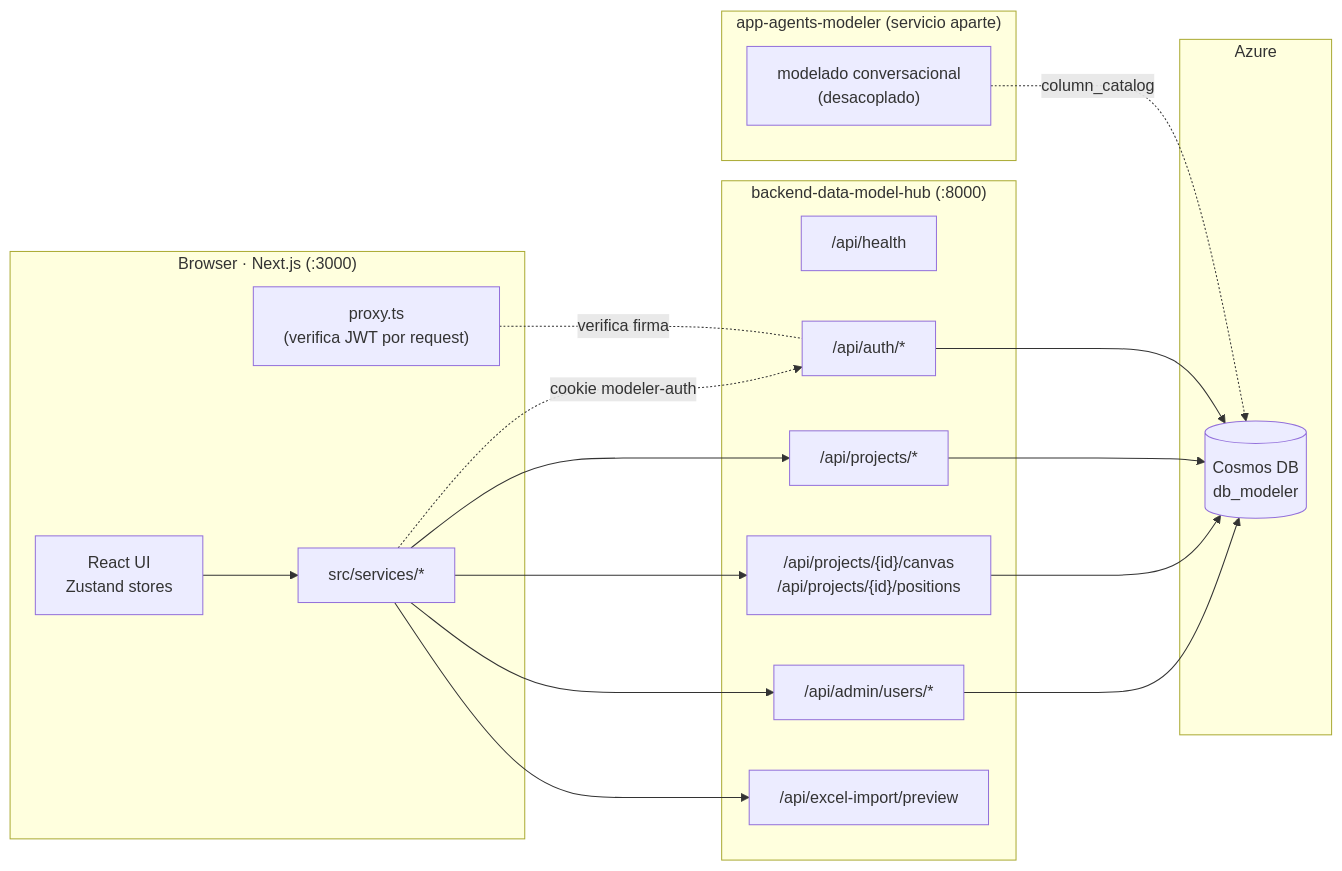
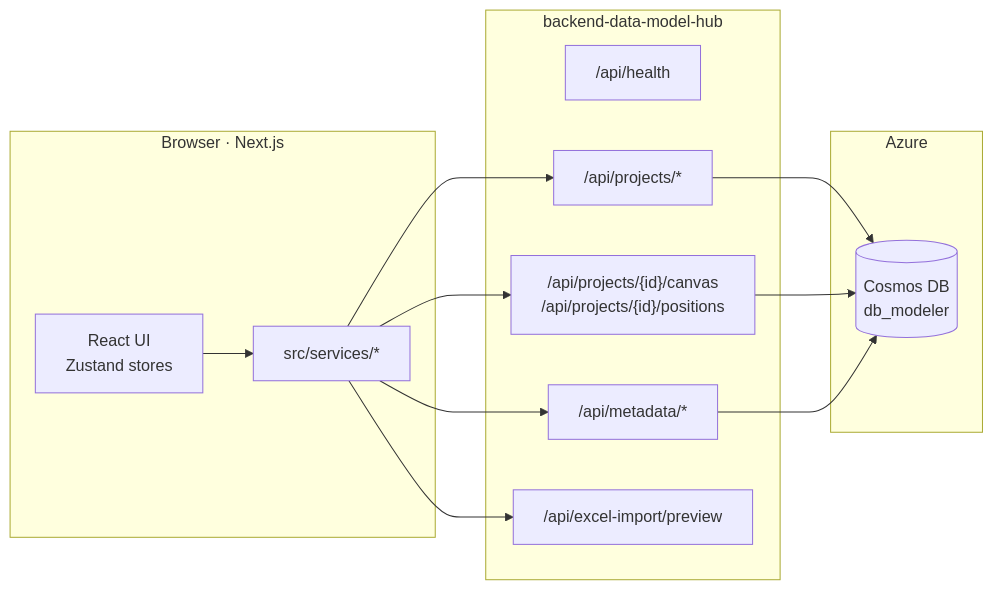
The first of 2 diagrams in doc/architecture.md (Carlosmps97/backend-data-model-hub), drawn with Mermaid before and after one commit. The commit also changed other lines of this file and 151 other files, not shown here.

````diff
--- a/doc/architecture.md
+++ b/doc/architecture.md
@@ -11,38 +12,28 @@
 ```mermaid
 flowchart LR
-    subgraph Browser["Browser · Next.js (:3000)"]
+    subgraph Browser["Browser · Next.js"]
         UI["React UI<br/>Zustand stores"]
-        PXY["proxy.ts<br/>(verifica JWT por request)"]
         SVC["src/services/*"]
     end
 
-    subgraph Platform["backend-data-model-hub (:8000)"]
+    subgraph Platform["backend-data-model-hub"]
         H["/api/health"]
-        AUTH["/api/auth/*"]
         PRJ["/api/projects/*"]
         CNV["/api/projects/{id}/canvas<br/>/api/projects/{id}/positions"]
-        ADM["/api/admin/users/*"]
+        MTD["/api/metadata/*"]
         XLS["/api/excel-import/preview"]
-    end
-
-    subgraph Agent["app-agents-modeler (servicio aparte)"]
-        AGT["modelado conversacional<br/>(desacoplado)"]
     end
 
     subgraph Cloud["Azure"]
         COSMOS[("Cosmos DB<br/>db_modeler")]
     end
 
     UI --> SVC
-    SVC -.cookie modeler-auth.-> AUTH
     SVC --> PRJ
     SVC --> CNV
-    SVC --> ADM
+    SVC --> MTD
     SVC --> XLS
-    PXY -. verifica firma .- AUTH
-    AUTH --> COSMOS
     PRJ --> COSMOS
     CNV --> COSMOS
-    ADM --> COSMOS
-    AGT -. column_catalog .-> COSMOS
+    MTD --> COSMOS
 ```
````
